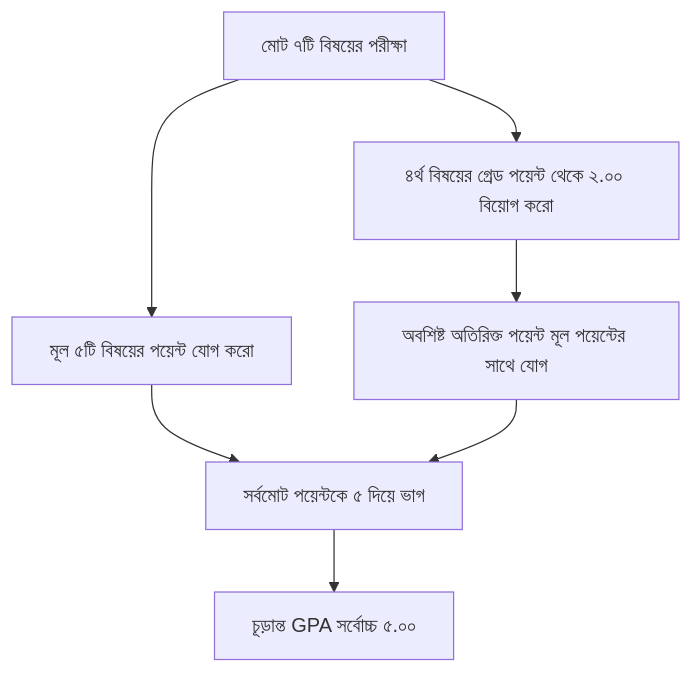
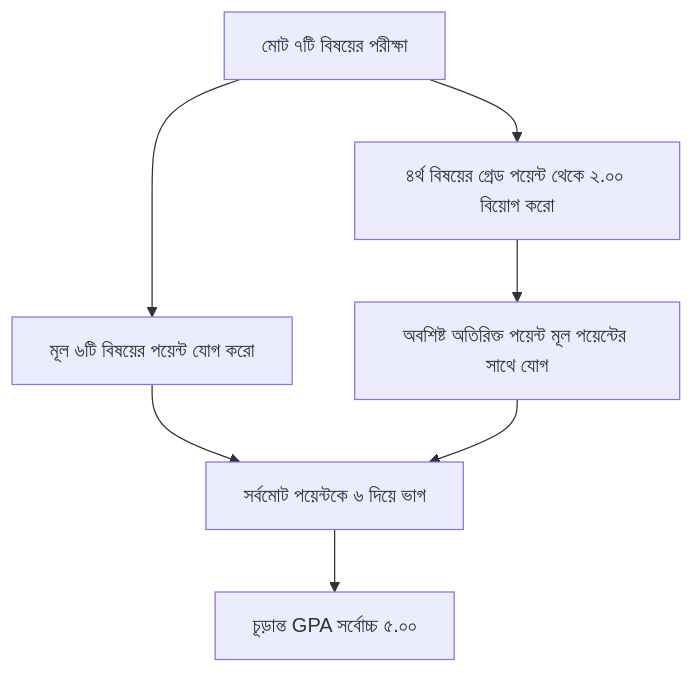
The diagram in obhyash-web/content/blog/hsc-full-meaning-and-gpa-calculator.md (Itzlimon22/Obhyash-complete-project), drawn with Mermaid before and after one commit. The commit also changed other lines of this file and 5 other files, not shown here.

````diff
--- a/obhyash-web/content/blog/hsc-full-meaning-and-gpa-calculator.md
+++ b/obhyash-web/content/blog/hsc-full-meaning-and-gpa-calculator.md
@@ -65,9 +65,9 @@
 ```mermaid
 graph TD
-    A[মোট ৭টি বিষয়ের পরীক্ষা] --> B[মূল ৫টি বিষয়ের পয়েন্ট যোগ করো]
+    A[মোট ৭টি বিষয়ের পরীক্ষা] --> B[মূল ৬টি বিষয়ের পয়েন্ট যোগ করো]
     A --> C[৪র্থ বিষয়ের গ্রেড পয়েন্ট থেকে ২.০০ বিয়োগ করো]
     C --> D[অবশিষ্ট অতিরিক্ত পয়েন্ট মূল পয়েন্টের সাথে যোগ]
-    B --> E[সর্বমোট পয়েন্টকে ৫ দিয়ে ভাগ]
+    B --> E[সর্বমোট পয়েন্টকে ৬ দিয়ে ভাগ]
     D --> E
     E --> F[চূড়ান্ত GPA সর্বোচ্চ ৫.০০]
 ```
````
